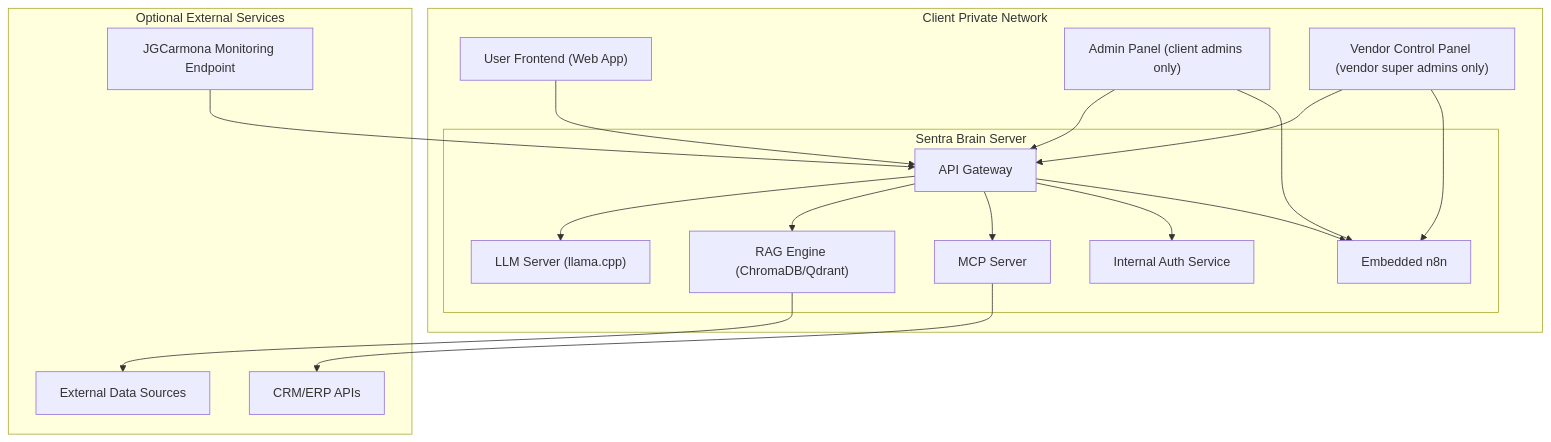
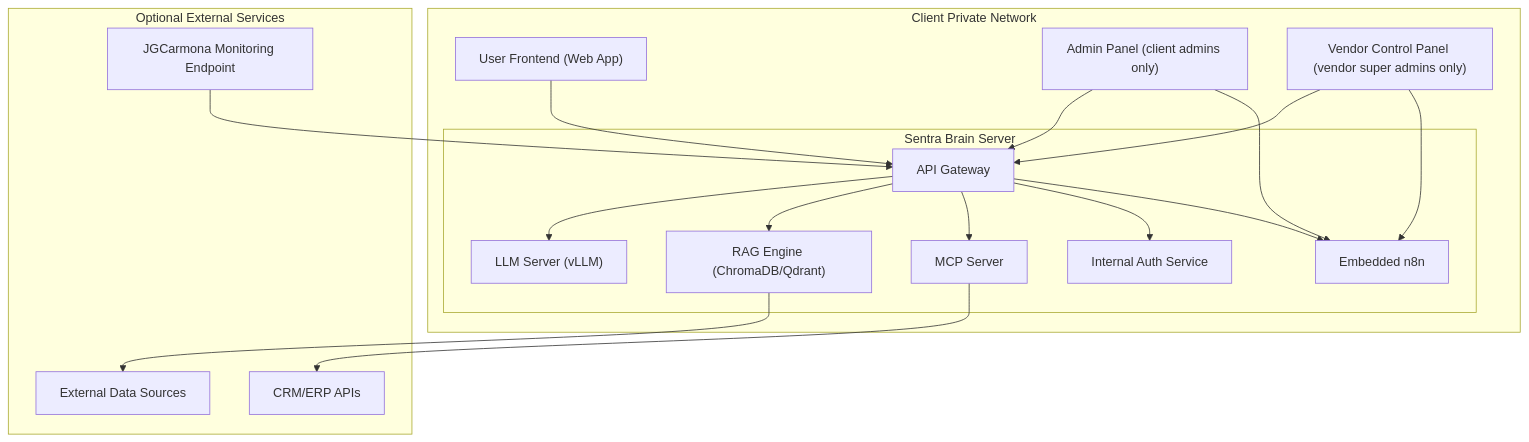
The diagram in docs/arc42/07_deployment_view.md (Sentra-Brain/sentra-platform), drawn with Mermaid before and after one commit. The commit also changed other lines of this file and 8 other files, not shown here.

Commit message:
refactor: update documentation and code references to replace llama.cpp with vLLM as the default LLM backend

````diff
--- a/docs/arc42/07_deployment_view.md
+++ b/docs/arc42/07_deployment_view.md
@@ -23,36 +23,36 @@
 ```mermaid
 flowchart TD
     subgraph Client_Network["Client Private Network"]
         subgraph Sentra_Brain_Server["Sentra Brain Server"]
             API["API Gateway"]
-            LLM["LLM Server (llama.cpp)"]
+            LLM["LLM Server (vLLM)"]
             RAG["RAG Engine (ChromaDB/Qdrant)"]
             MCP["MCP Server"]
             Auth[Internal Auth Service]
             n8n[Embedded n8n]
         end
         Frontend["User Frontend (Web App)"]
         AdminPanel["Admin Panel (client admins only)"]
         VendorPanel["Vendor Control Panel (vendor super admins only)"]
     end
 
     subgraph External_Connections["Optional External Services"]
         DataSources[External Data Sources]
         CRM_APIs[CRM/ERP APIs]
         Vendor_Monitoring[JGCarmona Monitoring Endpoint]
     end
 
     Frontend --> API
     AdminPanel --> API
     VendorPanel --> API
     VendorPanel --> n8n
     AdminPanel --> n8n
     API --> LLM
     API --> RAG
     API --> MCP
     API --> Auth
     API --> n8n
     RAG --> DataSources
     MCP --> CRM_APIs
     Vendor_Monitoring --> API
 ```
````
